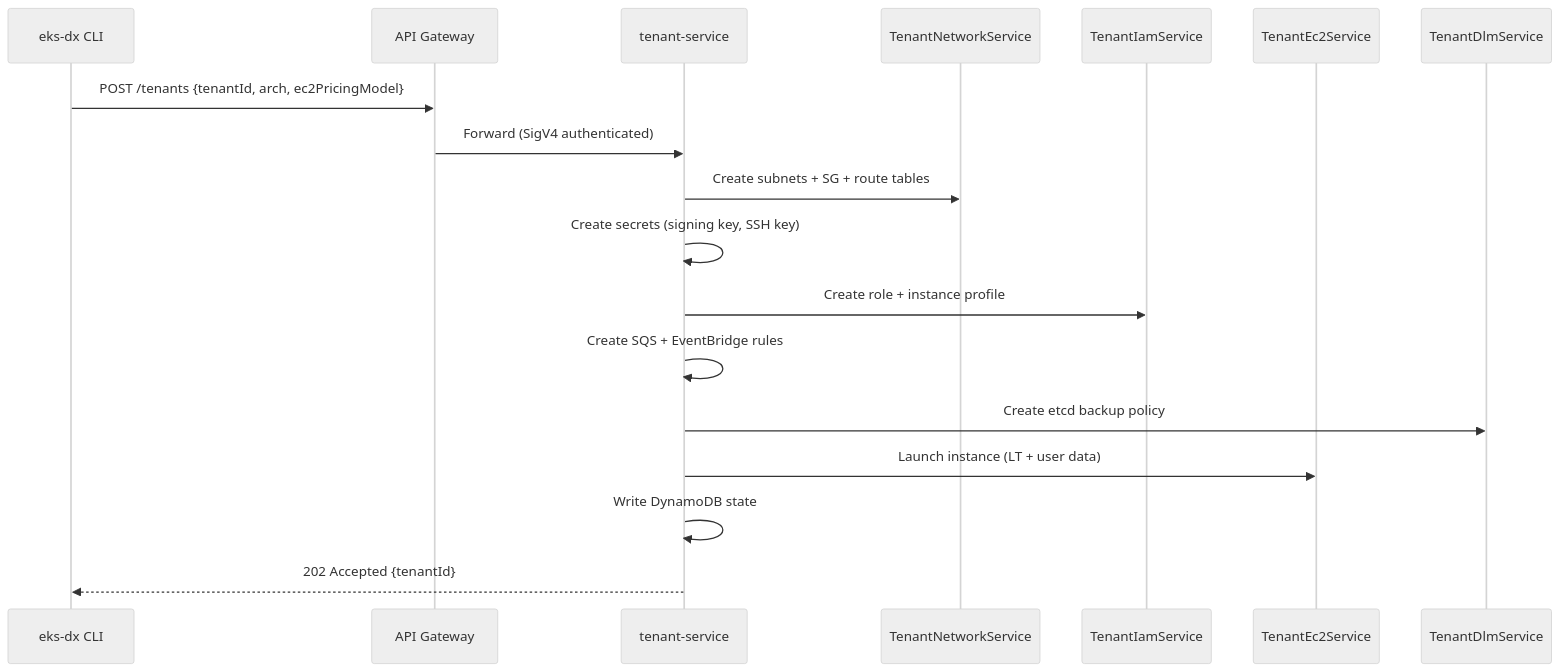
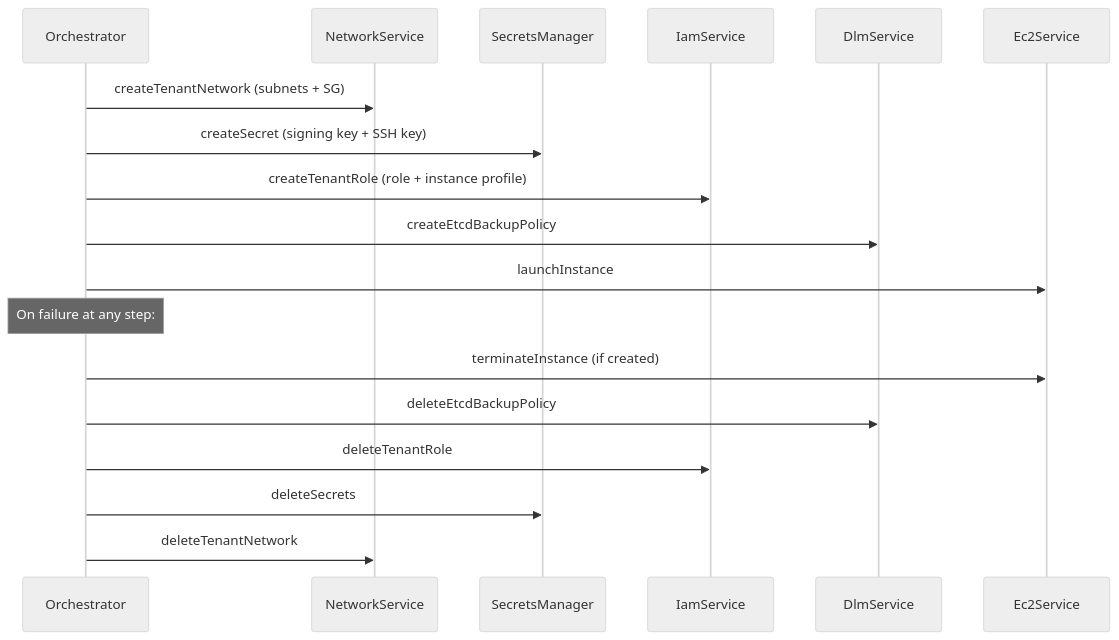
The second of 2 diagrams in .agents/summary/architecture.md (plasticity-of-cloud/eks-d-xpress-control-plane), drawn with Mermaid (neutral theme) before and after one commit. The commit also changed other lines of this file and 9 other files, not shown here.

````diff
--- a/.agents/summary/architecture.md
+++ b/.agents/summary/architecture.md
@@ -79,21 +40,22 @@
 ```mermaid
 sequenceDiagram
-    participant CLI as eks-dx CLI
-    participant APIGW as API Gateway
-    participant Lambda as tenant-service
-    participant Net as TenantNetworkService
-    participant IAM as TenantIamService
-    participant EC2 as TenantEc2Service
-    participant DLM as TenantDlmService
-    
-    CLI->>APIGW: POST /tenants {tenantId, arch, ec2PricingModel}
-    APIGW->>Lambda: Forward (SigV4 authenticated)
-    Lambda->>Net: Create subnets + SG + route tables
-    Lambda->>Lambda: Create secrets (signing key, SSH key)
-    Lambda->>IAM: Create role + instance profile
-    Lambda->>Lambda: Create SQS + EventBridge rules
-    Lambda->>DLM: Create etcd backup policy
-    Lambda->>EC2: Launch instance (LT + user data)
-    Lambda->>Lambda: Write DynamoDB state
-    Lambda-->>CLI: 202 Accepted {tenantId}
+    participant O as Orchestrator
+    participant N as NetworkService
+    participant S as SecretsManager
+    participant I as IamService
+    participant D as DlmService
+    participant E as Ec2Service
+
+    O->>N: createTenantNetwork (subnets + SG)
+    O->>S: createSecret (signing key + SSH key)
+    O->>I: createTenantRole (role + instance profile)
+    O->>D: createEtcdBackupPolicy
+    O->>E: launchInstance
+
+    Note over O: On failure at any step:
+    O->>E: terminateInstance (if created)
+    O->>D: deleteEtcdBackupPolicy
+    O->>I: deleteTenantRole
+    O->>S: deleteSecrets
+    O->>N: deleteTenantNetwork
 ```
````
